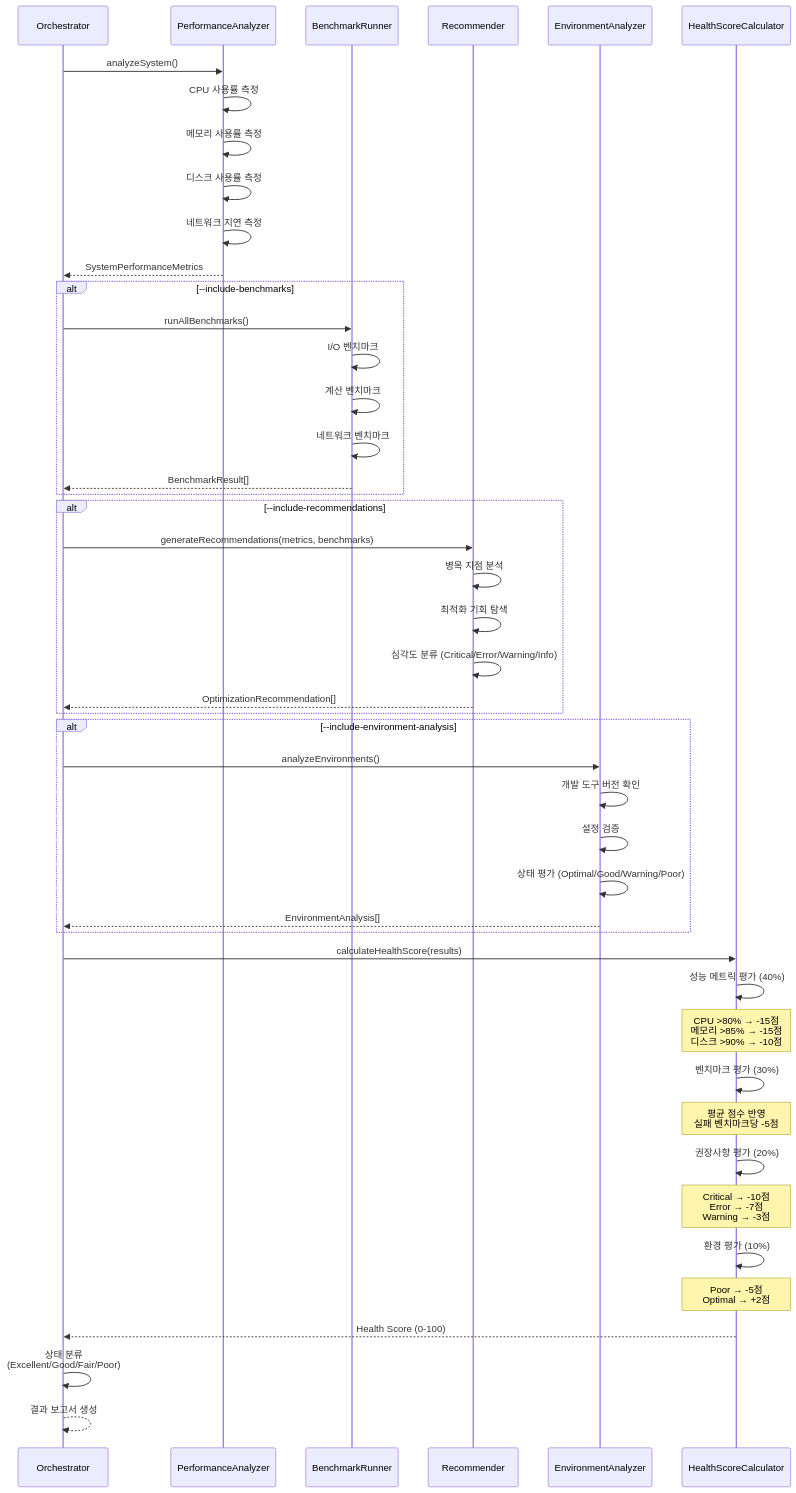
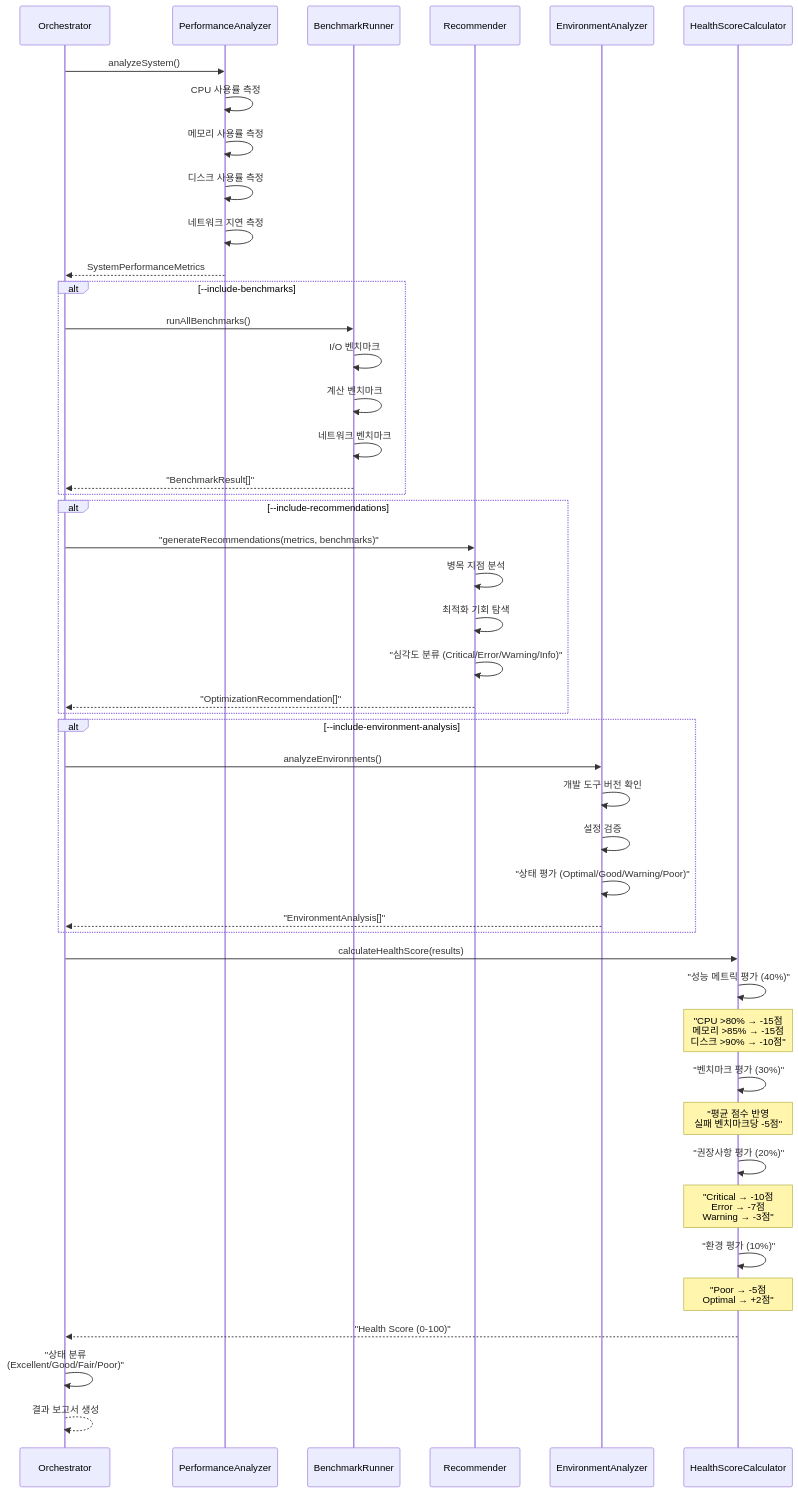
The third of 4 diagrams in docs/advanced/doctor-advanced.md (modu-ai/moai-adk), drawn with Mermaid before and after one commit. The commit also changed other lines of this file and 19 other files, not shown here.

First line of the commit message:
🎨 fix: docs 전체 Mermaid 다이어그램 특수문자 오류 수정 (19개 파일)

````diff
--- a/docs/advanced/doctor-advanced.md
+++ b/docs/advanced/doctor-advanced.md
@@ -98,54 +98,54 @@
 ```mermaid
 sequenceDiagram
     participant ORC as Orchestrator
     participant SPA as PerformanceAnalyzer
     participant BR as BenchmarkRunner
     participant OR as Recommender
     participant EA as EnvironmentAnalyzer
     participant HSC as HealthScoreCalculator
 
     ORC->>SPA: analyzeSystem()
     SPA->>SPA: CPU 사용률 측정
     SPA->>SPA: 메모리 사용률 측정
     SPA->>SPA: 디스크 사용률 측정
     SPA->>SPA: 네트워크 지연 측정
     SPA-->>ORC: SystemPerformanceMetrics
 
     alt --include-benchmarks
         ORC->>BR: runAllBenchmarks()
         BR->>BR: I/O 벤치마크
         BR->>BR: 계산 벤치마크
         BR->>BR: 네트워크 벤치마크
-        BR-->>ORC: BenchmarkResult[]
+        BR-->>ORC: "BenchmarkResult[]"
     end
 
     alt --include-recommendations
-        ORC->>OR: generateRecommendations(metrics, benchmarks)
+        ORC->>OR: "generateRecommendations(metrics, benchmarks)"
         OR->>OR: 병목 지점 분석
         OR->>OR: 최적화 기회 탐색
-        OR->>OR: 심각도 분류 (Critical/Error/Warning/Info)
-        OR-->>ORC: OptimizationRecommendation[]
+        OR->>OR: "심각도 분류 (Critical/Error/Warning/Info)"
+        OR-->>ORC: "OptimizationRecommendation[]"
     end
 
     alt --include-environment-analysis
         ORC->>EA: analyzeEnvironments()
         EA->>EA: 개발 도구 버전 확인
         EA->>EA: 설정 검증
-        EA->>EA: 상태 평가 (Optimal/Good/Warning/Poor)
-        EA-->>ORC: EnvironmentAnalysis[]
+        EA->>EA: "상태 평가 (Optimal/Good/Warning/Poor)"
+        EA-->>ORC: "EnvironmentAnalysis[]"
     end
 
     ORC->>HSC: calculateHealthScore(results)
-    HSC->>HSC: 성능 메트릭 평가 (40%)
-    Note over HSC: CPU >80% → -15점<br/>메모리 >85% → -15점<br/>디스크 >90% → -10점
-    HSC->>HSC: 벤치마크 평가 (30%)
-    Note over HSC: 평균 점수 반영<br/>실패 벤치마크당 -5점
-    HSC->>HSC: 권장사항 평가 (20%)
-    Note over HSC: Critical → -10점<br/>Error → -7점<br/>Warning → -3점
-    HSC->>HSC: 환경 평가 (10%)
-    Note over HSC: Poor → -5점<br/>Optimal → +2점
-    HSC-->>ORC: Health Score (0-100)
+    HSC->>HSC: "성능 메트릭 평가 (40%)"
+    Note over HSC: "CPU >80% → -15점<br/>메모리 >85% → -15점<br/>디스크 >90% → -10점"
+    HSC->>HSC: "벤치마크 평가 (30%)"
+    Note over HSC: "평균 점수 반영<br/>실패 벤치마크당 -5점"
+    HSC->>HSC: "권장사항 평가 (20%)"
+    Note over HSC: "Critical → -10점<br/>Error → -7점<br/>Warning → -3점"
+    HSC->>HSC: "환경 평가 (10%)"
+    Note over HSC: "Poor → -5점<br/>Optimal → +2점"
+    HSC-->>ORC: "Health Score (0-100)"
 
-    ORC->>ORC: 상태 분류<br/>(Excellent/Good/Fair/Poor)
+    ORC->>ORC: "상태 분류<br/>(Excellent/Good/Fair/Poor)"
     ORC-->>ORC: 결과 보고서 생성
 ```
````
